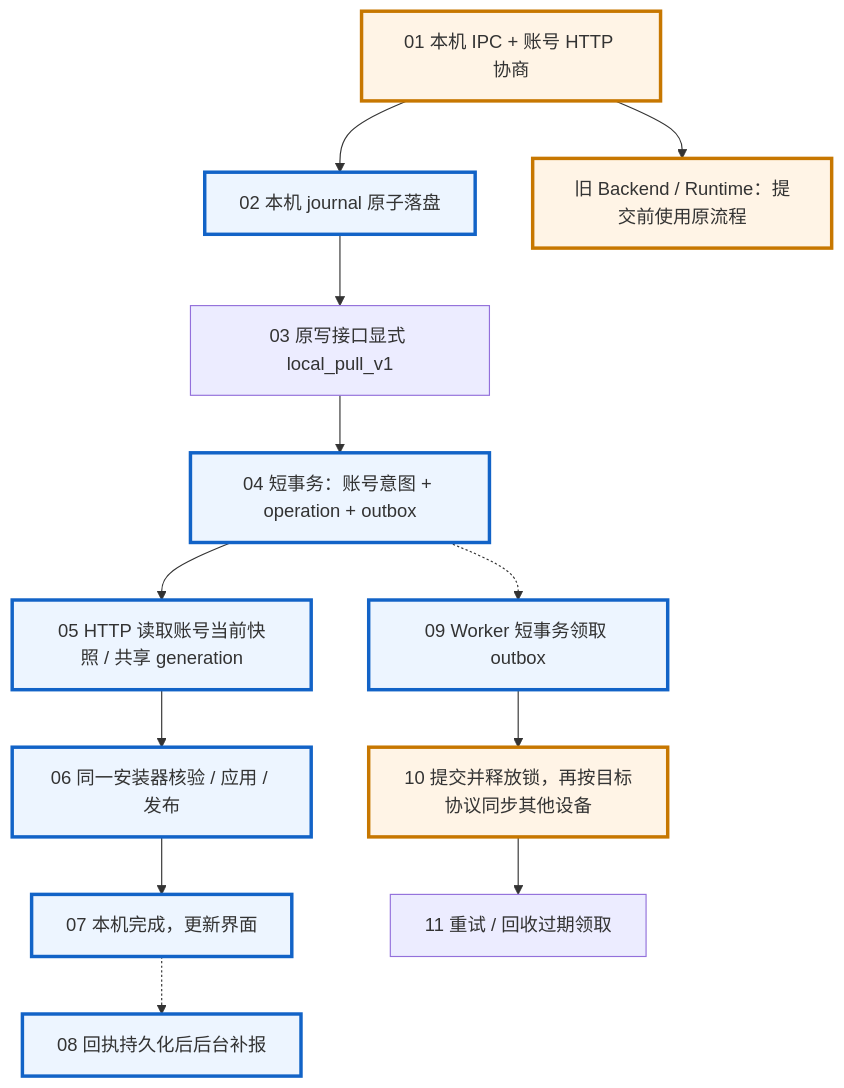
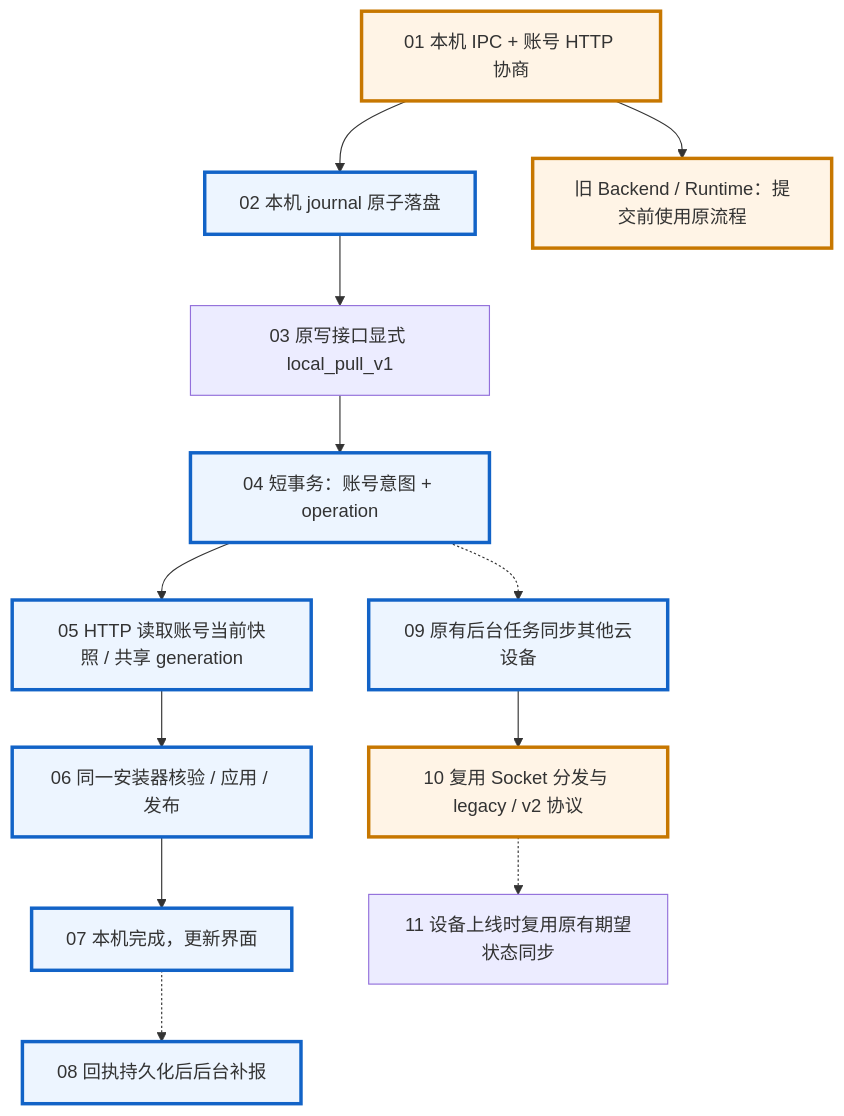
The second of 2 diagrams in docs/zh/wegent/developer-guide/plugin-local-sync.md (wecode-ai/Wegent), drawn with Mermaid before and after one commit. The commit also changed other lines of this file and 26 other files, not shown here.

````diff
--- a/docs/zh/wegent/developer-guide/plugin-local-sync.md
+++ b/docs/zh/wegent/developer-guide/plugin-local-sync.md
@@ -27,18 +27,18 @@
 ```mermaid
 flowchart TD
   A[01 本机 IPC + 账号 HTTP 协商] --> B[02 本机 journal 原子落盘]
   B --> C[03 原写接口显式 local_pull_v1]
-  C --> D[04 短事务：账号意图 + operation + outbox]
+  C --> D[04 短事务：账号意图 + operation]
   D --> E[05 HTTP 读取账号当前快照 / 共享 generation]
   E --> F[06 同一安装器核验 / 应用 / 发布]
   F --> G[07 本机完成，更新界面]
   G -.-> H[08 回执持久化后后台补报]
-  D -.-> I[09 Worker 短事务领取 outbox]
-  I --> J[10 提交并释放锁，再按目标协议同步其他设备]
-  J --> K[11 重试 / 回收过期领取]
+  D -.-> I[09 原有后台任务同步其他云设备]
+  I --> J[10 复用 Socket 分发与 legacy / v2 协议]
+  J -.-> K[11 设备上线时复用原有期望状态同步]
   A --> L[旧 Backend / Runtime：提交前使用原流程]
   classDef core fill:#edf5ff,stroke:#1263c7,stroke-width:3px
   classDef compat fill:#fff4e6,stroke:#c77700,stroke-width:3px
   class B,D,E,F,G,H,I core
   class A,L,J compat
 ```
````
